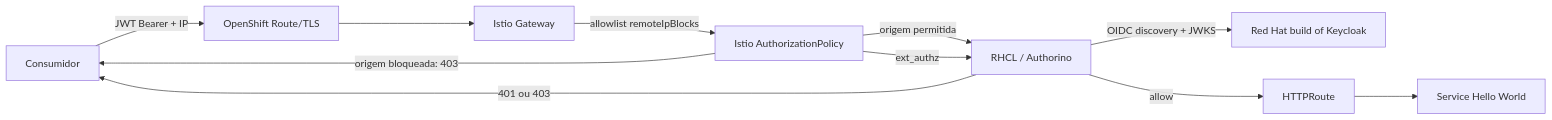
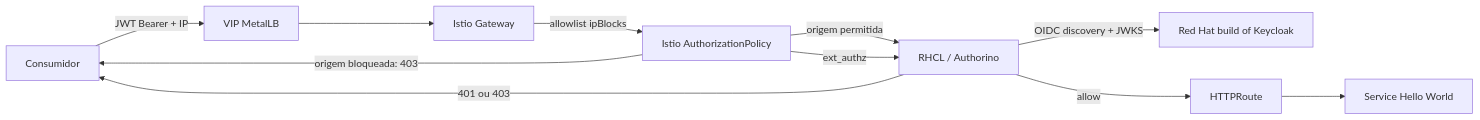
The diagram in docs/README.md (dsferreira54/sef), drawn with Mermaid before and after one commit. The commit also changed other lines of this file and 9 other files, not shown here.

Commit message:
Expose hello gateway through MetalLB VIP

````diff
--- a/docs/README.md
+++ b/docs/README.md
@@ -26,13 +26,13 @@
 ```mermaid
 flowchart LR
-  C[Consumidor] -->|JWT Bearer + IP| R[OpenShift Route/TLS]
-  R --> G[Istio Gateway]
-  G -->|allowlist remoteIpBlocks| I[Istio AuthorizationPolicy]
+  C[Consumidor] -->|JWT Bearer + IP| M[VIP MetalLB]
+  M --> G[Istio Gateway]
+  G -->|allowlist ipBlocks| I[Istio AuthorizationPolicy]
   I -->|origem permitida| A
   I -->|origem bloqueada: 403| C
   I -->|ext_authz| A[RHCL / Authorino]
   A -->|OIDC discovery + JWKS| K[Red Hat build of Keycloak]
   A -->|allow| H[HTTPRoute]
   H --> S[Service Hello World]
   A -->|401 ou 403| C
 ```
````
